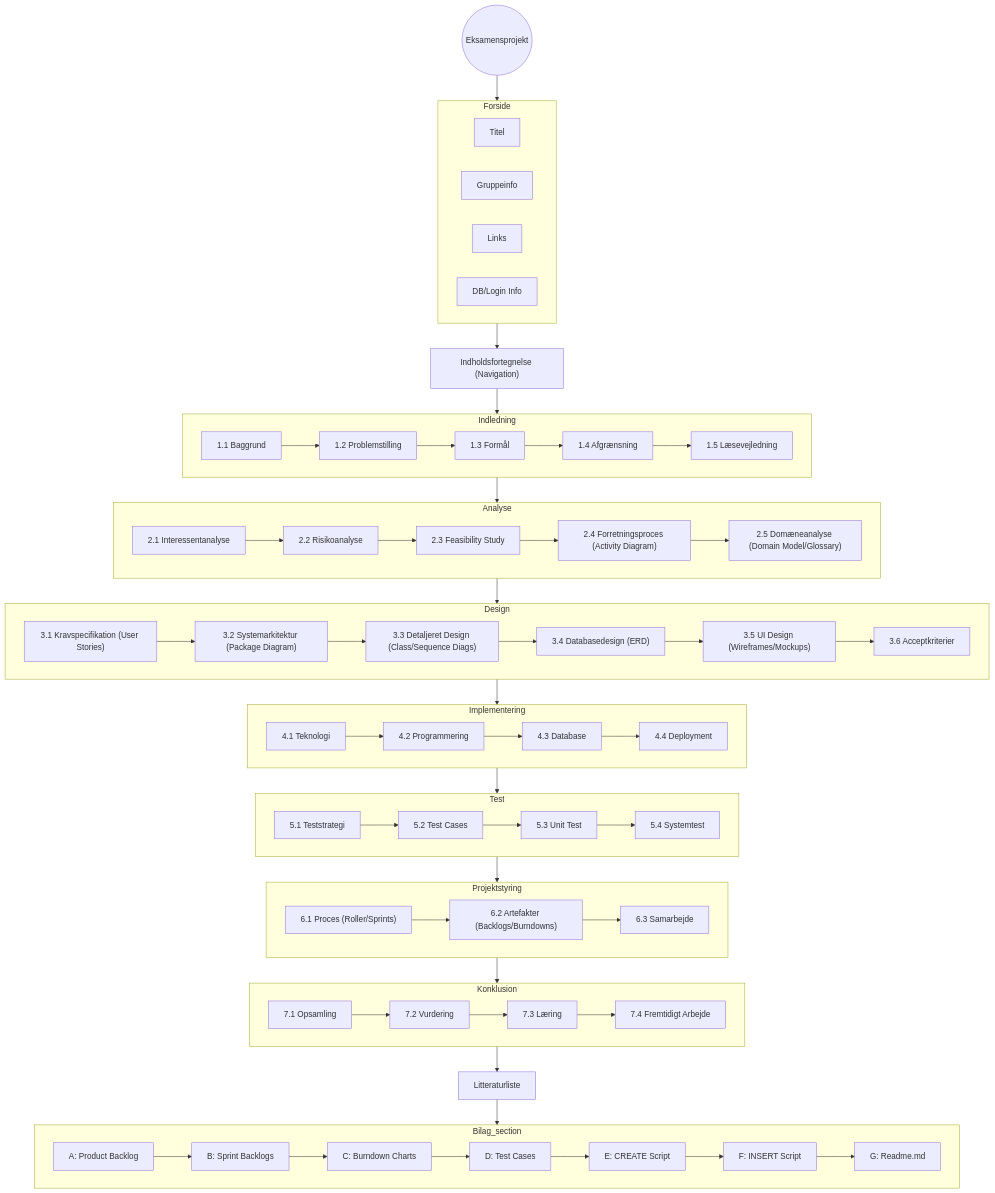
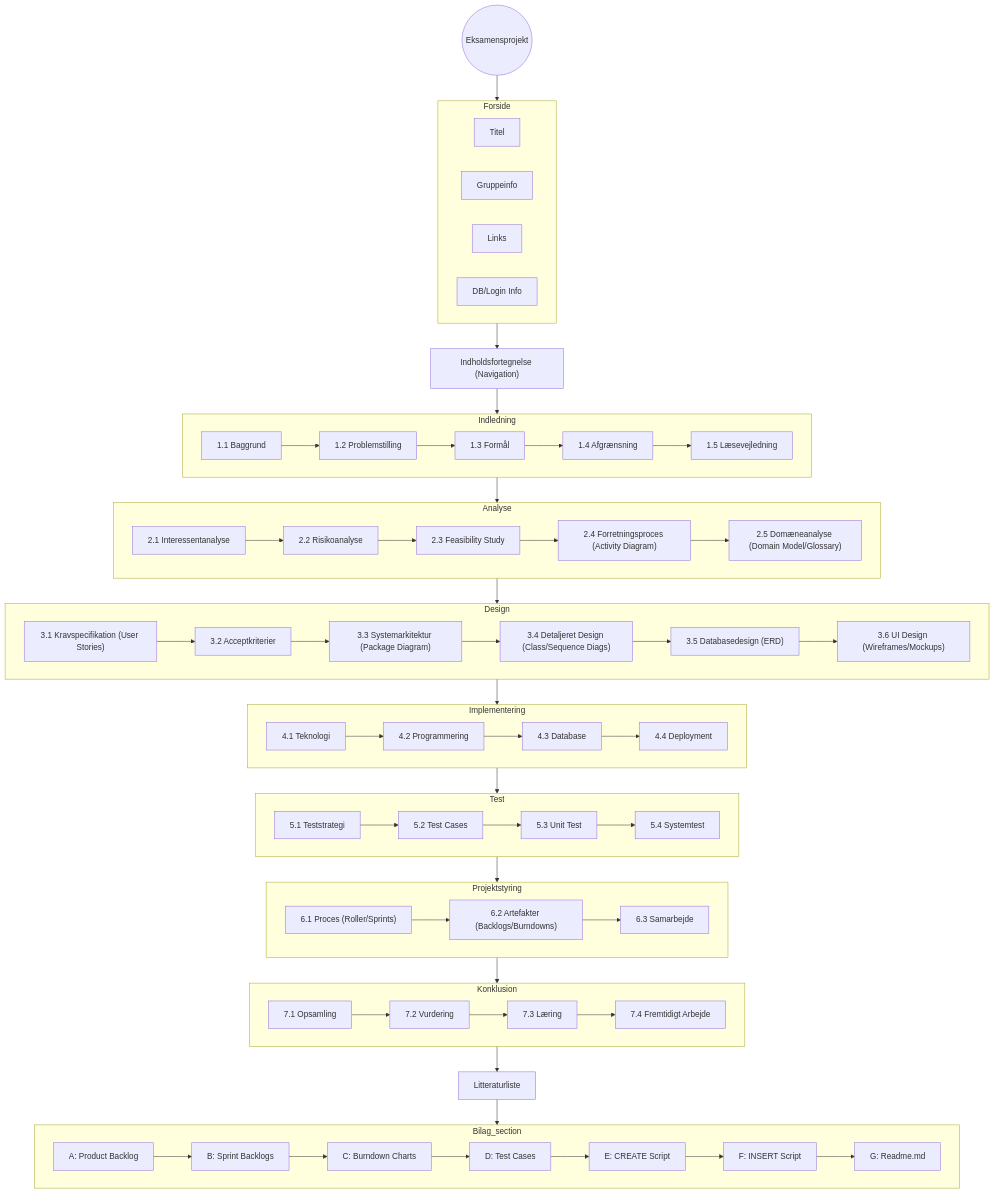
Before and after one commit to AlekOmOm/kea-rapport-skabelon: the diagram in assets/rapport-struktur.mmd, drawn with Mermaid. The commit also changed 2 other files, not shown here.

Commit message:
opdateret diagram med Michaels feedback - 3.6 Acceptkriter flyttet til 3.2 lige efter User Stories

```diff
--- a/assets/rapport-struktur.mmd
+++ b/assets/rapport-struktur.mmd
@@ -1,153 +1,154 @@
 graph TD
     %% Report Structure Diagram for Bilabonnement.dk Project with Flow
     %% Start Node
     Start((Eksamensprojekt))
     %% Main Document Sections & Nodes
     
     Indholdsfortegnelse["Indholdsfortegnelse (Navigation)"]
     
     
     %% Main flow
     Start --> Forside
     Forside --> Indholdsfortegnelse
     Indholdsfortegnelse --> Indledning
     Indledning --> Analyse
     Analyse --> Design
     Design --> Implementering
     Implementering --> Test
     Test --> Projektstyring
     Projektstyring --> Konklusion
     Konklusion --> Litteraturliste
     Litteraturliste --> Bilag_section
 
     subgraph Forside
         P0_1["Titel"]
         P0_2["Gruppeinfo"]
         P0_3["Links"]
         P0_4["DB/Login Info"]
 
     end
     
     %% Section 1 details
     subgraph Indledning
         direction LR 
 
         P1_1["1.1 Baggrund"]
         P1_2["1.2 Problemstilling"]
         P1_3["1.3 Formål"]
         P1_4["1.4 Afgrænsning"]
         P1_5["1.5 Læsevejledning"]
         
         P1_1 --> P1_2
         P1_2 --> P1_3
         P1_3 --> P1_4
         P1_4 --> P1_5
     end
     
     %% Section 2 details
     subgraph Analyse
         direction LR 
         
         P2_1["2.1 Interessentanalyse"]
         P2_2["2.2 Risikoanalyse"]
         P2_3["2.3 Feasibility Study"]
         P2_4["2.4 Forretningsproces (Activity Diagram)"]
         P2_5["2.5 Domæneanalyse (Domain Model/Glossary)"]
         
         P2_1 --> P2_2
         P2_2 --> P2_3
         P2_3 --> P2_4
         P2_4 --> P2_5
     end
     
     %% Section 3 details
     subgraph Design
         direction LR 
         
         P3_1["3.1 Kravspecifikation (User Stories)"]
-        P3_2["3.2 Systemarkitektur (Package Diagram)"]
-        P3_3["3.3 Detaljeret Design (Class/Sequence Diags)"]
-        P3_4["3.4 Databasedesign (ERD)"]
-        P3_5["3.5 UI Design (Wireframes/Mockups)"]
-        P3_6["3.6 Acceptkriterier"]
+        P3_2["3.2 Acceptkriterier"]
+        P3_3["3.3 Systemarkitektur (Package Diagram)"]
+        P3_4["3.4 Detaljeret Design (Class/Sequence Diags)"]
+        P3_5["3.5 Databasedesign (ERD)"]
+        P3_6["3.6 UI Design (Wireframes/Mockups)"]
+        
         
         P3_1 --> P3_2
         P3_2 --> P3_3
         P3_3 --> P3_4
         P3_4 --> P3_5
         P3_5 --> P3_6
     end
     
     %% Section 4 details
     subgraph Implementering
         direction LR 
         
         P4_1["4.1 Teknologi"]
         P4_2["4.2 Programmering"]
         P4_3["4.3 Database"]
         P4_4["4.4 Deployment"]
         
         P4_1 --> P4_2
         P4_2 --> P4_3
         P4_3 --> P4_4
     end
     
     %% Section 5 details
     subgraph Test
         direction LR 
         
         P5_1["5.1 Teststrategi"]
         P5_2["5.2 Test Cases"]
         P5_3["5.3 Unit Test"]
         P5_4["5.4 Systemtest"]
         
         P5_1 --> P5_2
         P5_2 --> P5_3
         P5_3 --> P5_4
     end
     
     %% Section 6 details
     subgraph Projektstyring
         direction LR 
         
         P6_1["6.1 Proces (Roller/Sprints)"]
         P6_2["6.2 Artefakter (Backlogs/Burndowns)"]
         P6_3["6.3 Samarbejde"]
         
         P6_1 --> P6_2
         P6_2 --> P6_3
     end
     
     %% Section 7 details
     subgraph Konklusion
         direction LR 
         
         P7_1["7.1 Opsamling"]
         P7_2["7.2 Vurdering"]
         P7_3["7.3 Læring"]
         P7_4["7.4 Fremtidigt Arbejde"]
         
         P7_1 --> P7_2
         P7_2 --> P7_3
         P7_3 --> P7_4
     end
     
     %% Appendix details
     subgraph Bilag_section
         direction LR 
         
         Bilag_A["A: Product Backlog"]
         Bilag_B["B: Sprint Backlogs"]
         Bilag_C["C: Burndown Charts"]
         Bilag_D["D: Test Cases"]
         Bilag_E["E: CREATE Script"]
         Bilag_F["F: INSERT Script"]
         Bilag_G["G: Readme.md"]
         
         Bilag_A --> Bilag_B
         Bilag_B --> Bilag_C
         Bilag_C --> Bilag_D
         Bilag_D --> Bilag_E
         Bilag_E --> Bilag_F
         Bilag_F --> Bilag_G
     end
```
